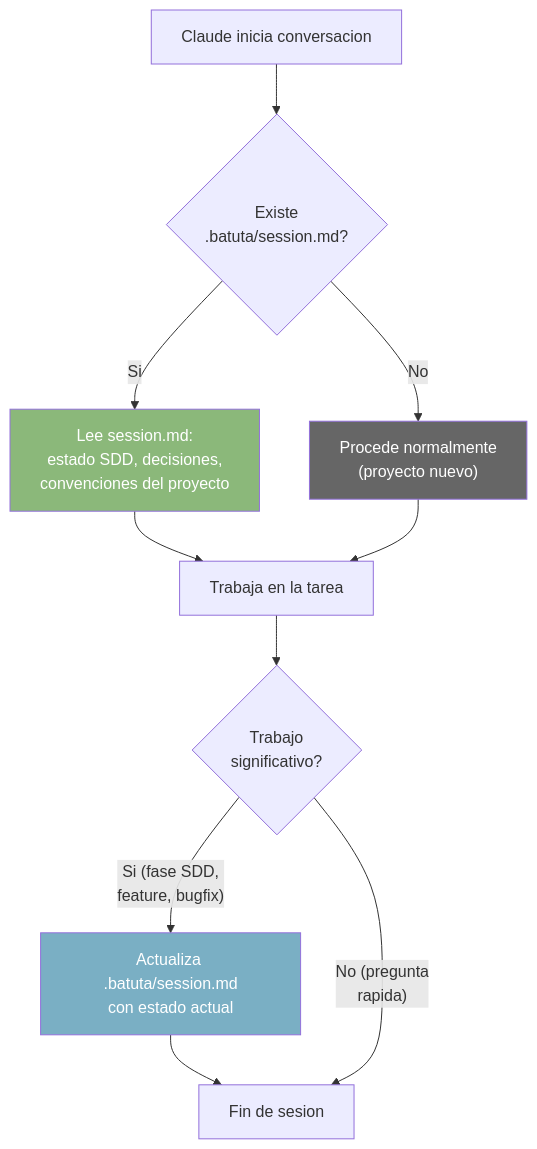
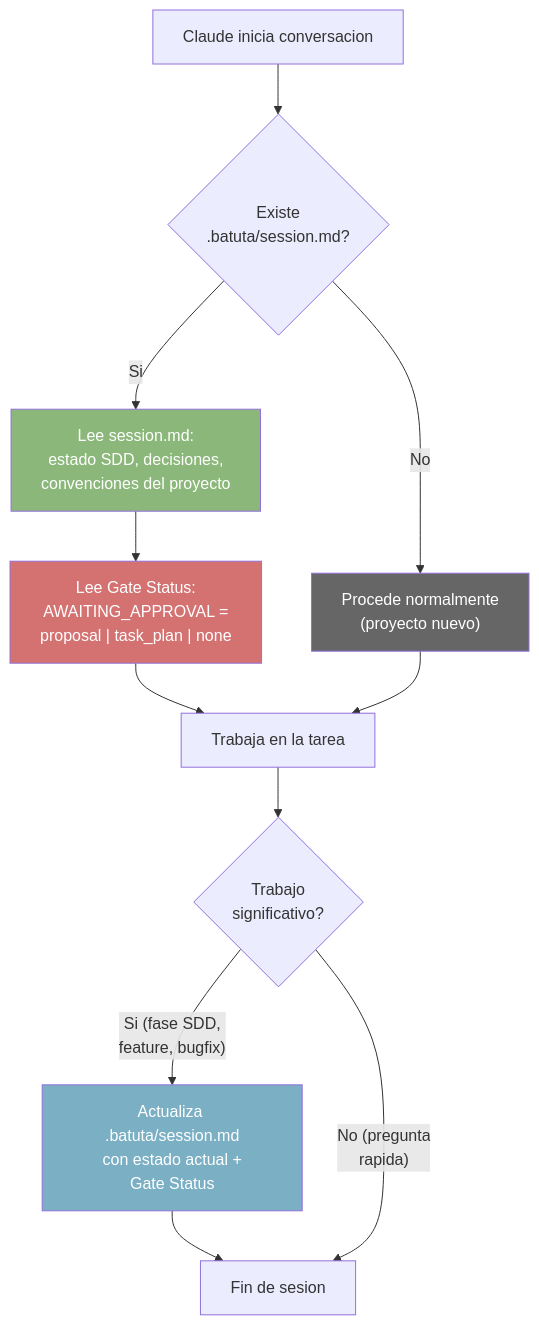
One commit to jota-batuta/batuta-dots changed the tenth of 28 diagrams in docs/architecture/arquitectura-diagrama.md. Above: the diagram before and after it, drawn with Mermaid. The commit also changed other lines of this file and 6 other files, not shown here.

````diff
--- a/docs/architecture/arquitectura-diagrama.md
+++ b/docs/architecture/arquitectura-diagrama.md
@@ -416,22 +438,24 @@
 ```mermaid
 flowchart TD
     START["Claude inicia conversacion"]
     CHECK{"Existe<br/>.batuta/session.md?"}
     READ_SESSION["Lee session.md:<br/>estado SDD, decisiones,<br/>convenciones del proyecto"]
+    READ_GATE["Lee Gate Status:<br/>AWAITING_APPROVAL =<br/>proposal | task_plan | none"]
     NO_SESSION["Procede normalmente<br/>(proyecto nuevo)"]
     WORK["Trabaja en la tarea"]
     SIGNIFICANT{"Trabajo<br/>significativo?"}
-    UPDATE["Actualiza .batuta/session.md<br/>con estado actual"]
+    UPDATE["Actualiza .batuta/session.md<br/>con estado actual +<br/>Gate Status"]
     END_SESSION["Fin de sesion"]
 
     START --> CHECK
-    CHECK -->|"Si"| READ_SESSION --> WORK
+    CHECK -->|"Si"| READ_SESSION --> READ_GATE --> WORK
     CHECK -->|"No"| NO_SESSION --> WORK
     WORK --> SIGNIFICANT
     SIGNIFICANT -->|"Si (fase SDD,<br/>feature, bugfix)"| UPDATE --> END_SESSION
     SIGNIFICANT -->|"No (pregunta<br/>rapida)"| END_SESSION
 
     style READ_SESSION fill:#8BB87A,color:#fff
+    style READ_GATE fill:#D47272,color:#fff
     style UPDATE fill:#7AAFC4,color:#fff
     style NO_SESSION fill:#666,color:#fff
 ```
````
